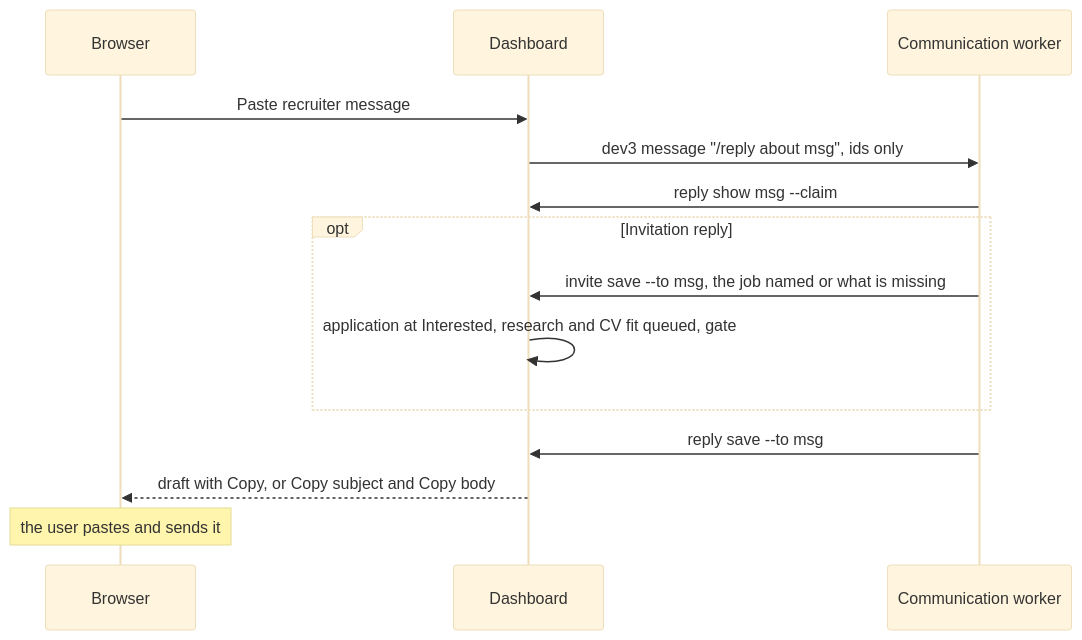
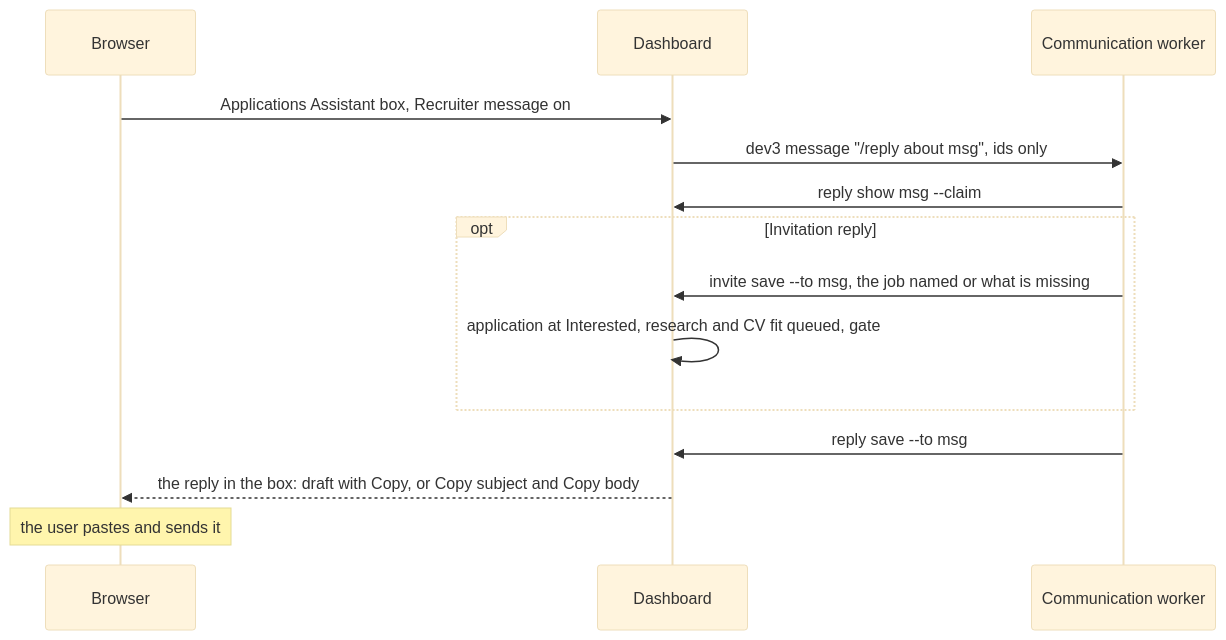
Before and after one commit to Pavlana/hirey: the fifth of 10 diagrams in docs/how-it-works.md, drawn with Mermaid (base theme). The commit also changed other lines of this file and 23 other files, not shown here.

First line of the commit message:
Recruiter messages from the Applications Assistant box; drafts are the reply with Copy (#68)

````diff
--- a/docs/how-it-works.md
+++ b/docs/how-it-works.md
@@ -199,16 +199,16 @@
 ```mermaid
 sequenceDiagram
     participant B as Browser
     participant W as Dashboard
     participant C as Communication worker
-    B->>W: Paste recruiter message
+    B->>W: Applications Assistant box, Recruiter message on
     W->>C: dev3 message "/reply about msg", ids only
     C->>W: reply show msg --claim
     opt Invitation reply
         C->>W: invite save --to msg, the job named or what is missing
         W->>W: application at Interested, research and CV fit queued, gate
     end
     C->>W: reply save --to msg
-    W-->>B: draft with Copy, or Copy subject and Copy body
+    W-->>B: the reply in the box: draft with Copy, or Copy subject and Copy body
     Note over B: the user pastes and sends it
 ```
````
